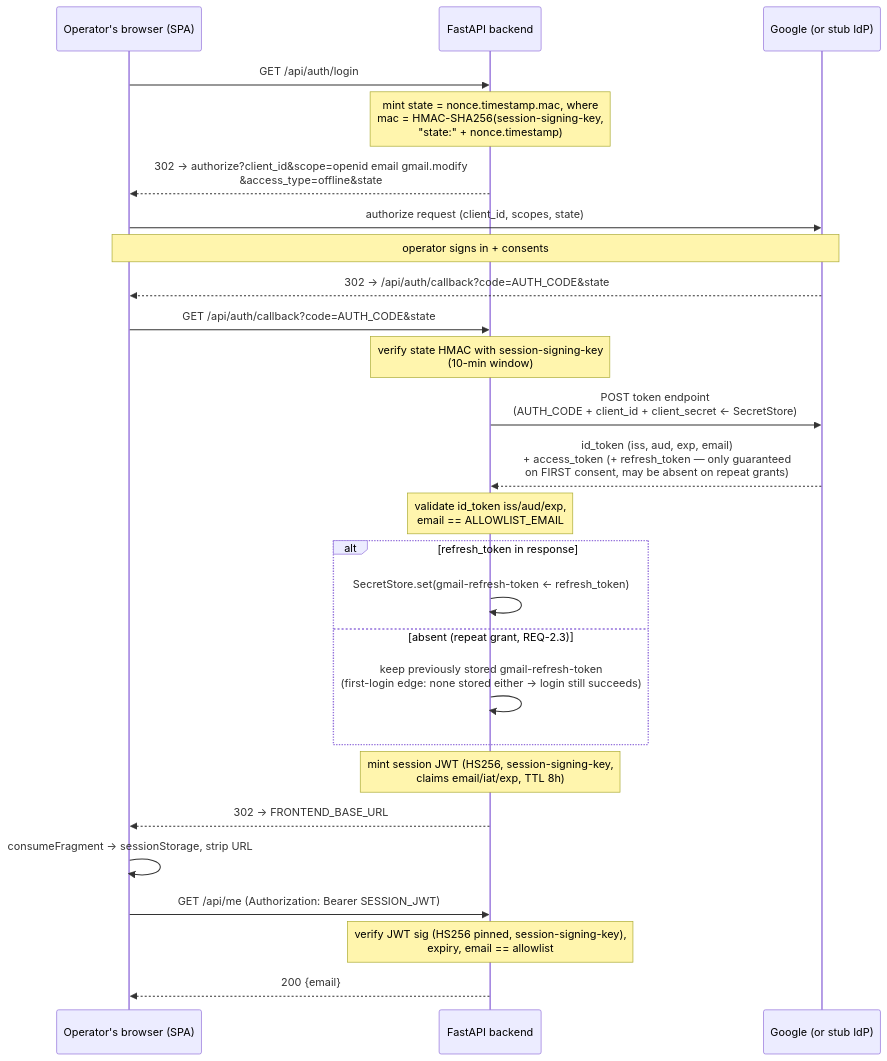
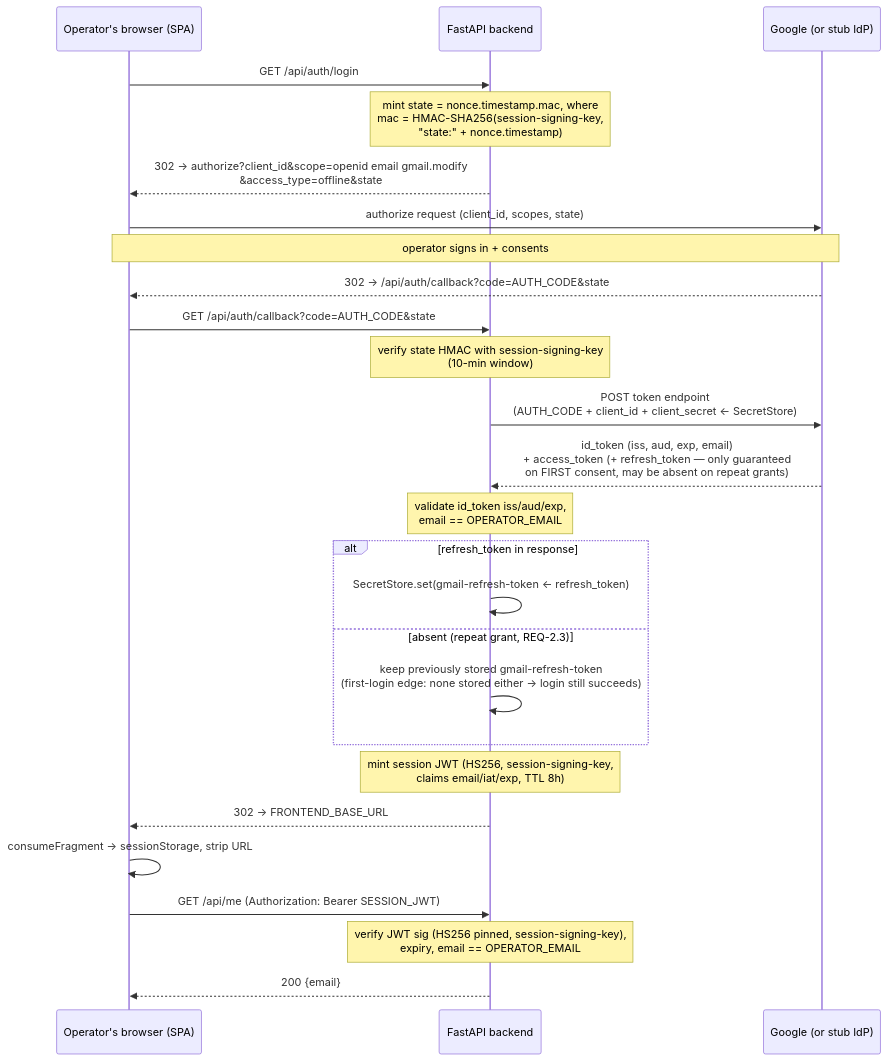
The diagram in .specs/auth/spec.md (aleromar/claim-automation-cloud), drawn with Mermaid before and after one commit. The commit also changed other lines of this file and 19 other files, not shown here.

First line of the commit message:
Apply PR #1 review fixes: fail-fast secrets, rename to OPERATOR_EMAIL, typed secret names

````diff
--- a/.specs/auth/spec.md
+++ b/.specs/auth/spec.md
@@ -206,28 +225,28 @@
 ```mermaid
 sequenceDiagram
     participant B as Operator's browser (SPA)
     participant F as FastAPI backend
     participant G as Google (or stub IdP)
     B->>F: GET /api/auth/login
     Note over F: mint state = nonce.timestamp.mac, where<br/>mac = HMAC-SHA256(session-signing-key,<br/>"state:" + nonce.timestamp)
     F-->>B: 302 → authorize?client_id&scope=openid email gmail.modify<br/>&access_type=offline&state
     B->>G: authorize request (client_id, scopes, state)
     Note over B,G: operator signs in + consents
     G-->>B: 302 → /api/auth/callback?code=AUTH_CODE&state
     B->>F: GET /api/auth/callback?code=AUTH_CODE&state
     Note over F: verify state HMAC with session-signing-key<br/>(10-min window)
     F->>G: POST token endpoint<br/>(AUTH_CODE + client_id + client_secret ← SecretStore)
     G-->>F: id_token (iss, aud, exp, email)<br/>+ access_token (+ refresh_token — only guaranteed<br/>on FIRST consent, may be absent on repeat grants)
-    Note over F: validate id_token iss/aud/exp,<br/>email == ALLOWLIST_EMAIL
+    Note over F: validate id_token iss/aud/exp,<br/>email == OPERATOR_EMAIL
     alt refresh_token in response
         F->>F: SecretStore.set(gmail-refresh-token ← refresh_token)
     else absent (repeat grant, REQ-2.3)
         F->>F: keep previously stored gmail-refresh-token<br/>(first-login edge: none stored either → login still succeeds)
     end
     Note over F: mint session JWT (HS256, session-signing-key,<br/>claims email/iat/exp, TTL 8h)
     F-->>B: 302 → FRONTEND_BASE_URL#token=SESSION_JWT
     B->>B: consumeFragment → sessionStorage, strip URL
     B->>F: GET /api/me (Authorization: Bearer SESSION_JWT)
-    Note over F: verify JWT sig (HS256 pinned, session-signing-key),<br/>expiry, email == allowlist
+    Note over F: verify JWT sig (HS256 pinned, session-signing-key),<br/>expiry, email == OPERATOR_EMAIL
     F-->>B: 200 {email}
 ```
````
